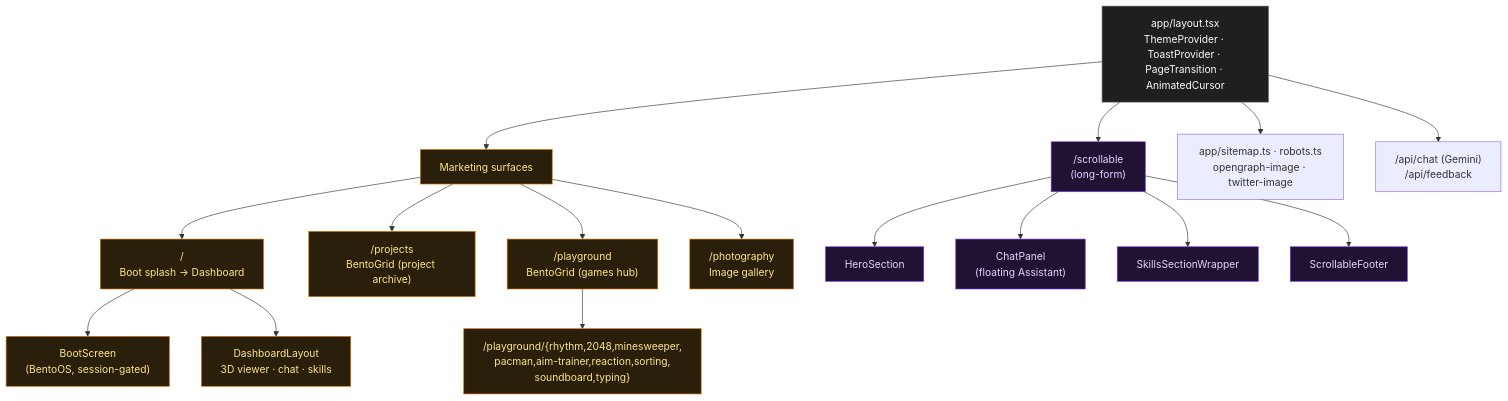
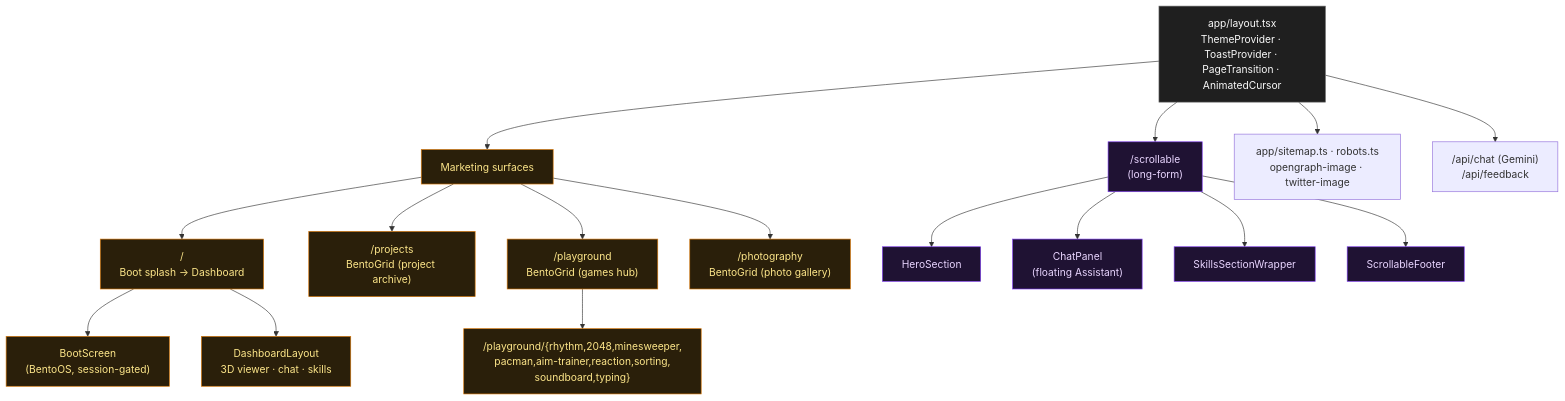
Before and after one commit to ANonABento/BentoSite: the first of 3 diagrams in docs/architecture.md, drawn with Mermaid. The commit also changed other lines of this file and 9 other files, not shown here.

````diff
--- a/docs/architecture.md
+++ b/docs/architecture.md
@@ -20,32 +20,32 @@
 ```mermaid
 graph TD
   Layout["app/layout.tsx<br/>ThemeProvider · ToastProvider · PageTransition · AnimatedCursor"]
 
   Layout --> Marketing["Marketing surfaces"]
   Layout --> Scrollable["/scrollable<br/>(long-form)"]
 
   Marketing --> Home["/<br/>Boot splash → Dashboard"]
   Marketing --> Projects["/projects<br/>BentoGrid (project archive)"]
   Marketing --> Playground["/playground<br/>BentoGrid (games hub)"]
-  Marketing --> Photography["/photography<br/>Image gallery"]
+  Marketing --> Photography["/photography<br/>BentoGrid (photo gallery)"]
 
   Home --> Boot["BootScreen<br/>(BentoOS, session-gated)"]
   Home --> Dashboard["DashboardLayout<br/>3D viewer · chat · skills"]
 
   Playground --> Games["/playground/{rhythm,2048,minesweeper,<br/>pacman,aim-trainer,reaction,sorting,<br/>soundboard,typing}"]
 
   Scrollable --> Hero["HeroSection"]
   Scrollable --> ScrollChat["ChatPanel<br/>(floating Assistant)"]
   Scrollable --> SkillsScroll["SkillsSectionWrapper"]
   Scrollable --> Footer["ScrollableFooter"]
 
   Layout --> SEO["app/sitemap.ts · robots.ts<br/>opengraph-image · twitter-image"]
   Layout --> API["/api/chat (Gemini)<br/>/api/feedback"]
 
   classDef shell fill:#1f1f1f,stroke:#666,color:#fafafa
   classDef bento fill:#2a1f0a,stroke:#d97706,color:#fde68a
   classDef long  fill:#1f1233,stroke:#7c3aed,color:#e9d5ff
   class Layout shell
   class Marketing,Home,Projects,Playground,Photography,Boot,Dashboard,Games bento
   class Scrollable,Hero,ScrollChat,SkillsScroll,Footer long
 ```
````
